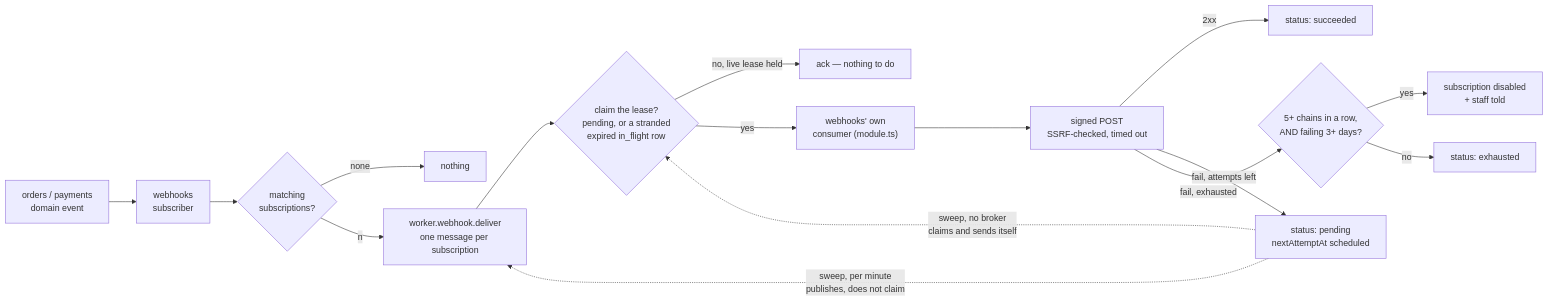
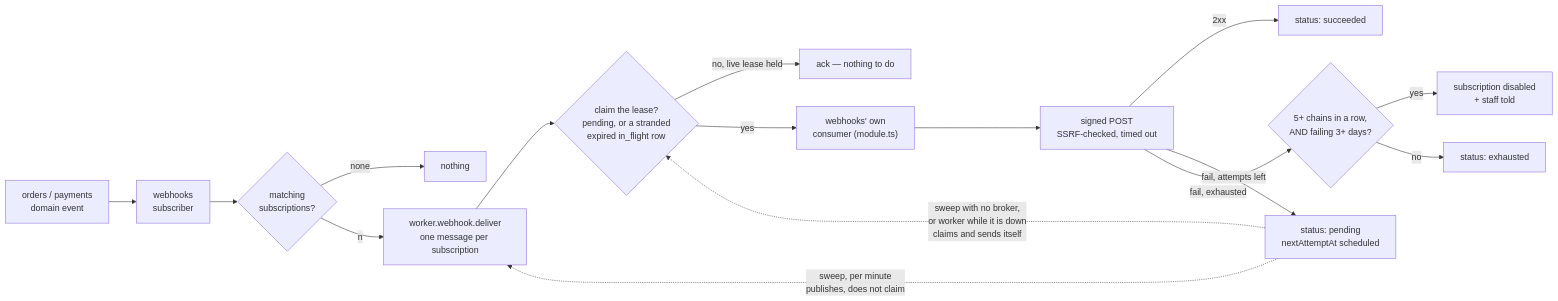
The first of 2 diagrams in docs/modules/webhooks-delivery.md (Guebbit/boilerplate-node-backend), drawn with Mermaid before and after one commit. The commit also changed other lines of this file and 71 other files, not shown here.

````diff
--- a/docs/modules/webhooks-delivery.md
+++ b/docs/modules/webhooks-delivery.md
@@ -12,18 +12,18 @@
 ```mermaid
 flowchart LR
     SVC["orders / payments<br/>domain event"] --> PUB["webhooks<br/>subscriber"]
     PUB --> MATCH{"matching<br/>subscriptions?"}
     MATCH -->|none| DROP["nothing"]
     MATCH -->|n| Q["worker.webhook.deliver<br/>one message per subscription"]
     Q --> CLAIM{"claim the lease?<br/>pending, or a stranded<br/>expired in_flight row"}
     CLAIM -->|no, live lease held| ACK["ack — nothing to do"]
     CLAIM -->|yes| W["webhooks' own<br/>consumer (module.ts)"]
     W --> HTTP["signed POST<br/>SSRF-checked, timed out"]
     HTTP -->|2xx| OK["status: succeeded"]
     HTTP -->|fail, attempts left| BACK["status: pending<br/>nextAttemptAt scheduled"]
     HTTP -->|fail, exhausted| DIS{"5+ chains in a row,<br/>AND failing 3+ days?"}
     DIS -->|yes| OFF["subscription disabled<br/>+ staff told"]
     DIS -->|no| DONE["status: exhausted"]
     BACK -.->|sweep, per minute<br/>publishes, does not claim| Q
-    BACK -.->|sweep, no broker<br/>claims and sends itself| CLAIM
+    BACK -.->|sweep with no broker,<br/>or worker while it is down<br/>claims and sends itself| CLAIM
 ```
````
